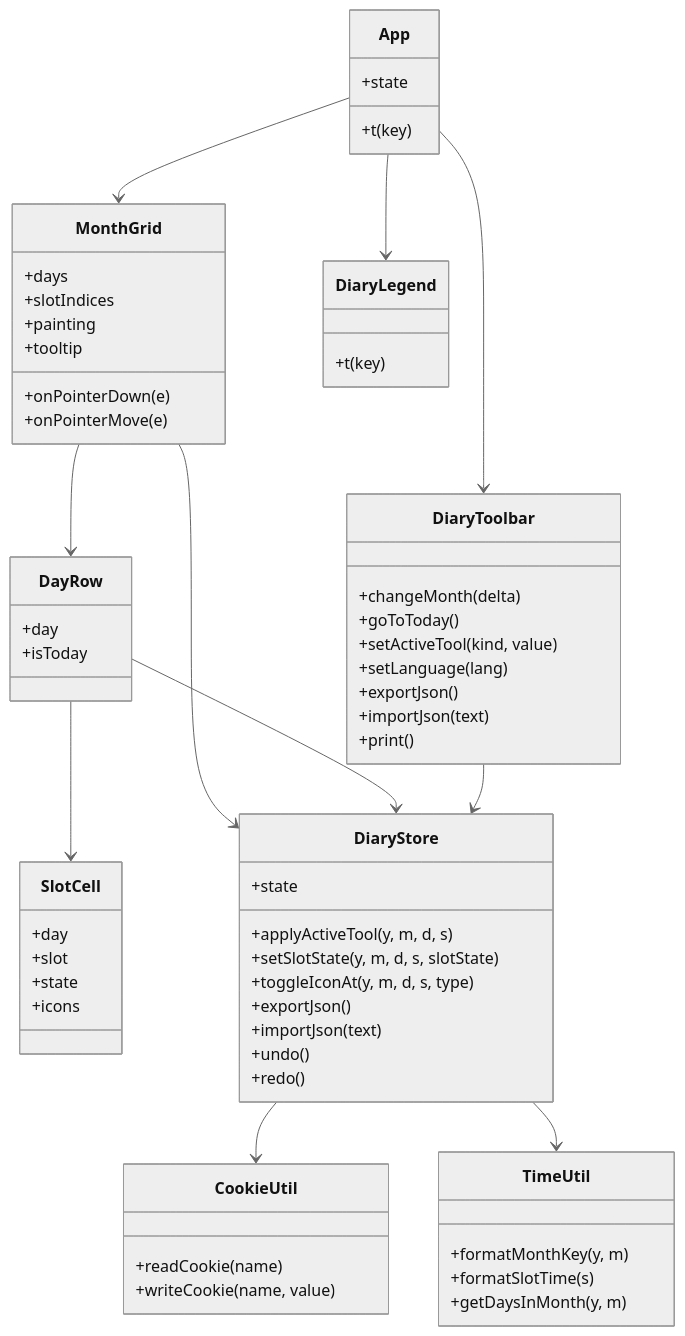
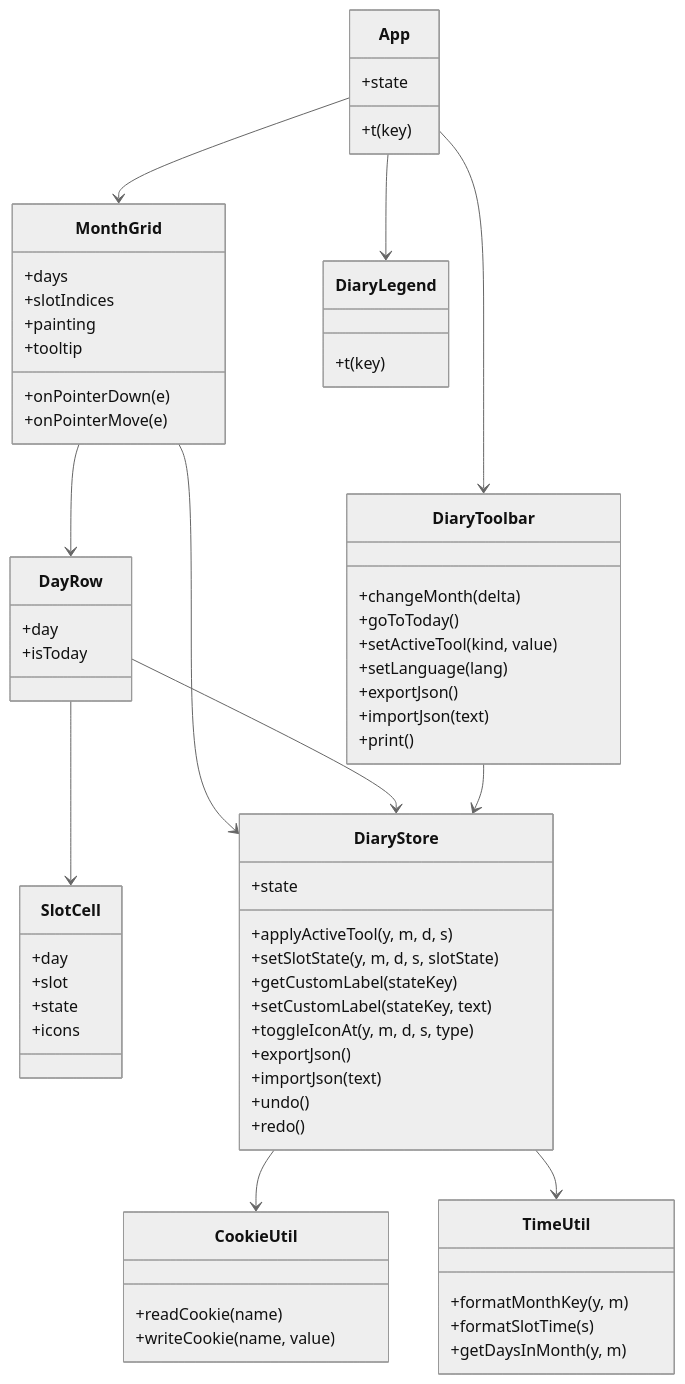
One commit to konbraphat51/SleepNote changed the first of 2 diagrams in Docs/Architecture.ja.md. Above: the diagram before and after it, drawn with Mermaid (neutral theme). The commit also changed other lines of this file and 4 other files, not shown here.

````diff
--- a/Docs/Architecture.ja.md
+++ b/Docs/Architecture.ja.md
@@ -74,67 +79,69 @@
 ```mermaid
 classDiagram
     class App {
         +state
         +t(key)
     }
     class DiaryToolbar {
         +changeMonth(delta)
         +goToToday()
         +setActiveTool(kind, value)
         +setLanguage(lang)
         +exportJson()
         +importJson(text)
         +print()
     }
     class MonthGrid {
         +days
         +slotIndices
         +painting
         +tooltip
         +onPointerDown(e)
         +onPointerMove(e)
     }
     class DayRow {
         +day
         +isToday
     }
     class SlotCell {
         +day
         +slot
         +state
         +icons
     }
     class DiaryLegend {
         +t(key)
     }
     class DiaryStore {
         +state
         +applyActiveTool(y, m, d, s)
         +setSlotState(y, m, d, s, slotState)
+        +getCustomLabel(stateKey)
+        +setCustomLabel(stateKey, text)
         +toggleIconAt(y, m, d, s, type)
         +exportJson()
         +importJson(text)
         +undo()
         +redo()
     }
     class CookieUtil {
         +readCookie(name)
         +writeCookie(name, value)
     }
     class TimeUtil {
         +formatMonthKey(y, m)
         +formatSlotTime(s)
         +getDaysInMonth(y, m)
     }
 
     App --> DiaryToolbar
     App --> MonthGrid
     App --> DiaryLegend
     MonthGrid --> DayRow
     DayRow --> SlotCell
     MonthGrid --> DiaryStore
     DayRow --> DiaryStore
     DiaryToolbar --> DiaryStore
     DiaryStore --> CookieUtil
     DiaryStore --> TimeUtil
 ```
````
